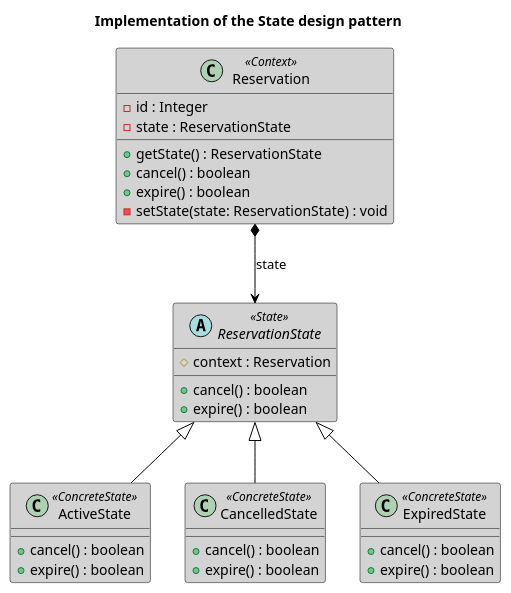
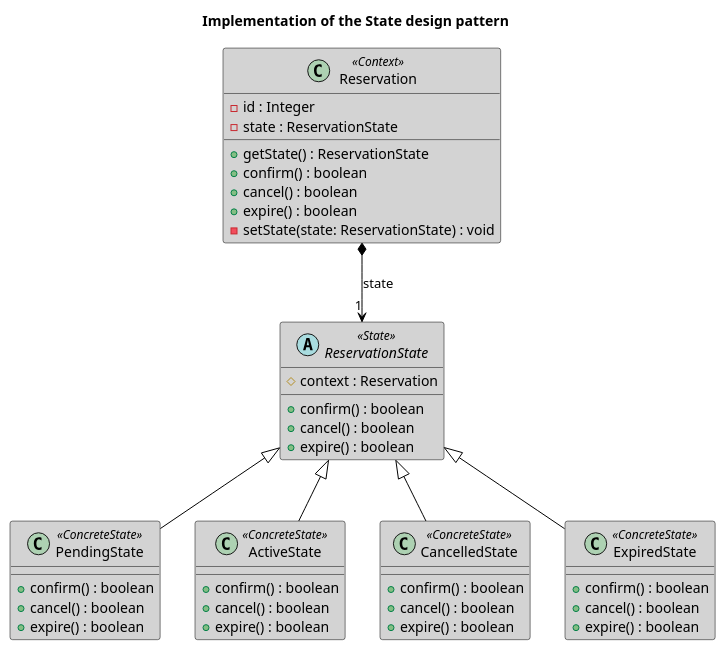
One commit to AidenCze/SWI-Project changed the diagram in docs/diagramy/class-state.puml. Above: the diagram before and after it, drawn with PlantUML. The commit also changed 2 other files, not shown here.

Commit message:
Enhance reservation state management by adding confirm methods and refining state descriptions

```diff
--- a/docs/diagramy/class-state.puml
+++ b/docs/diagramy/class-state.puml
@@ -1,51 +1,60 @@
 @startuml
 title Implementation of the State design pattern
 
 skinparam class {
     BackgroundColor LightGray
     ArrowColor Black
     BorderColor Black
 }
 
 class "Reservation" as Res <<Context>>  {
     - id : Integer
     - state : ReservationState
     + getState() : ReservationState
+    + confirm() : boolean
     + cancel() : boolean
     + expire() : boolean
     - setState(state: ReservationState) : void
 }
 
 
 
 abstract class "ReservationState" as State <<State>> {
     # context : Reservation
+    + confirm() : boolean
+    + cancel() : boolean
+    + expire() : boolean
+}
+
+class "PendingState" as StatePending <<ConcreteState>> {
+    + confirm() : boolean
     + cancel() : boolean
     + expire() : boolean
 }
 
 class "ActiveState" as StateActive <<ConcreteState>> {
+    + confirm() : boolean
     + cancel() : boolean
     + expire() : boolean
 }
 
 class "CancelledState" as StateCancelled <<ConcreteState>> {
+    + confirm() : boolean
     + cancel() : boolean
     + expire() : boolean
 }
 
 class "ExpiredState" as StateExpired <<ConcreteState>> {
+    + confirm() : boolean
     + cancel() : boolean
     + expire() : boolean
 }
 
 
-
-
-
 ' Strukturální vztahy vzoru State
-Res *--> State : state
+Res *--> "1" State : state
+State <|-- StatePending
 State <|-- StateActive
 State <|-- StateCancelled
 State <|-- StateExpired
 @enduml
```
